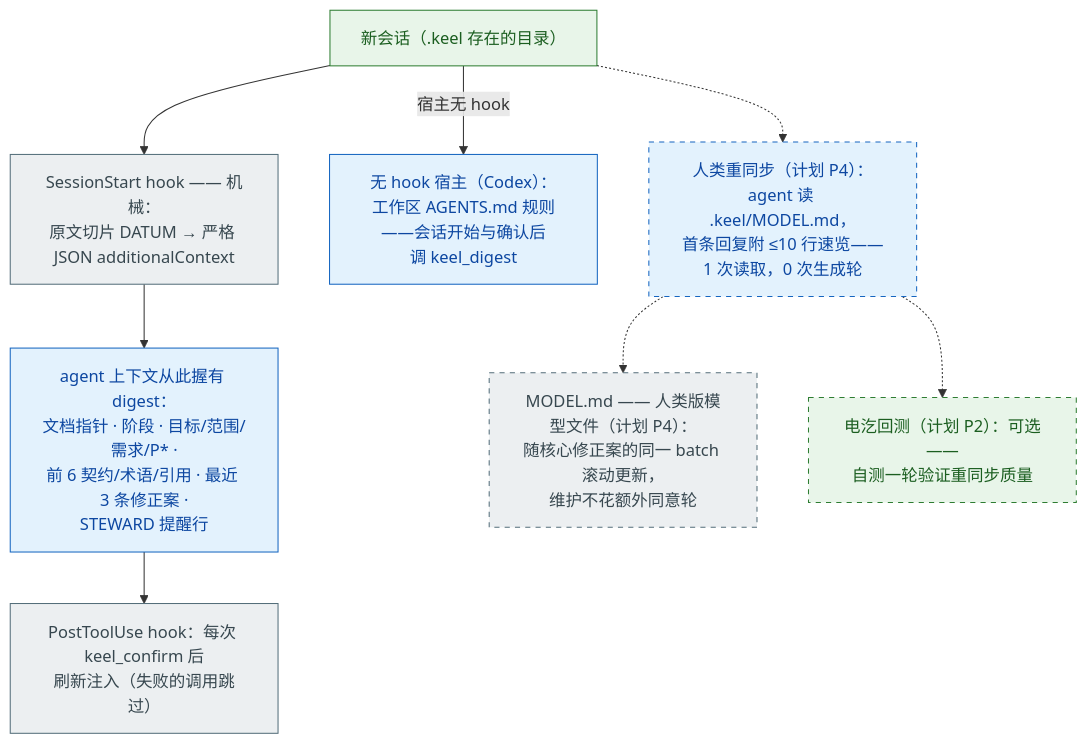
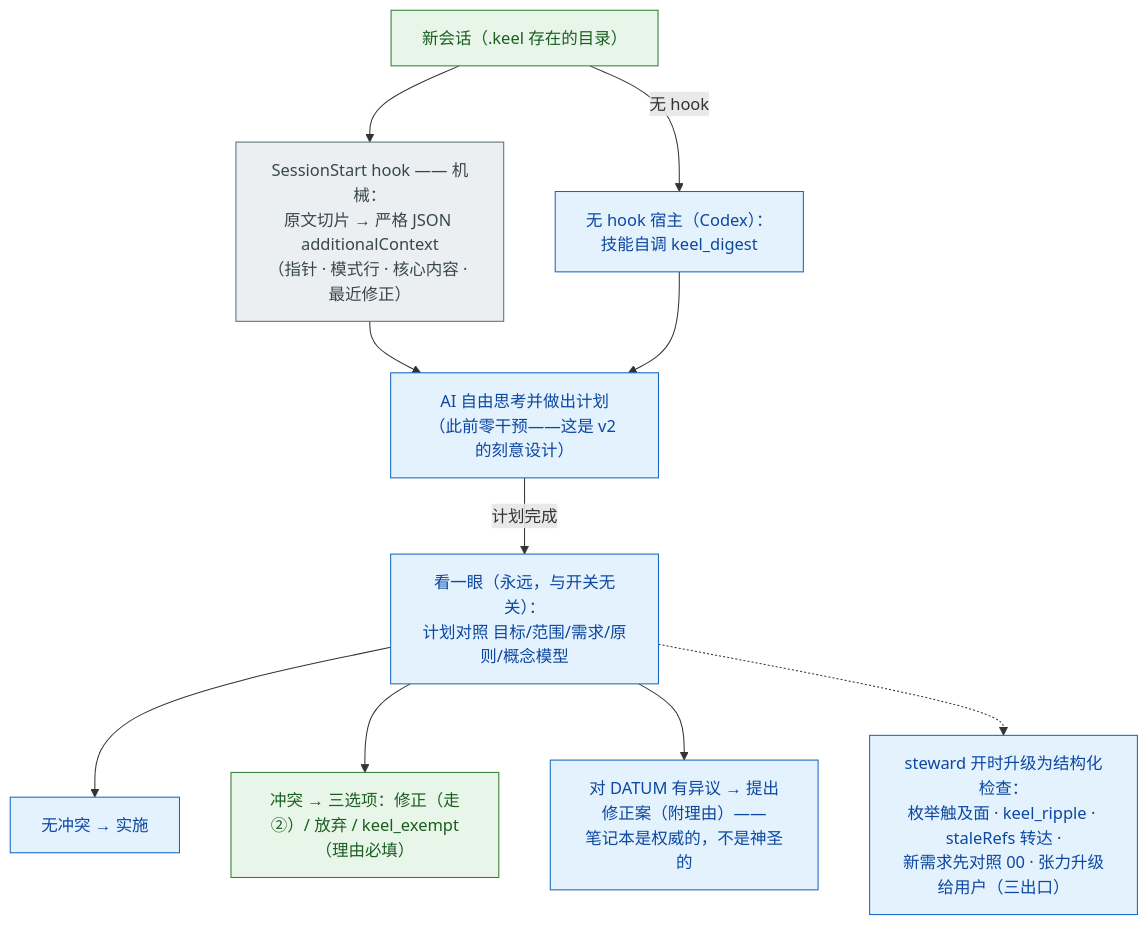
The fifth of 8 diagrams in docs/MENTAL-MODEL.md (maxi3777/Keel), drawn with Mermaid before and after one commit. The commit also changed other lines of this file and 20 other files, not shown here.

````diff
--- a/docs/MENTAL-MODEL.md
+++ b/docs/MENTAL-MODEL.md
@@ -303,24 +151,25 @@
 ```mermaid
 flowchart TD
     SESS["新会话（.keel 存在的目录）"]:::human
-    HOOK["SessionStart hook —— 机械：<br/>原文切片 DATUM → 严格 JSON additionalContext"]:::mech
-    INJ["agent 上下文从此握有 digest：<br/>文档指针 · 阶段 · 目标/范围/需求/P* ·<br/>前 6 契约/术语/引用 · 最近 3 条修正案 ·<br/>STEWARD 提醒行"]:::ai
-    REFRESH["PostToolUse hook：每次 keel_confirm 后<br/>刷新注入（失败的调用跳过）"]:::mech
-    FALLBACK["无 hook 宿主（Codex）：<br/>工作区 AGENTS.md 规则——会话开始与确认后<br/>调 keel_digest"]:::ai
-    RECAP["人类重同步（计划 P4）：agent 读 .keel/MODEL.md，<br/>首条回复附 ≤10 行速览——1 次读取，0 次生成轮"]:::plantai
-    MODEL["MODEL.md —— 人类版模型文件（计划 P4）：<br/>随核心修正案的同一 batch 滚动更新，<br/>维护不花额外同意轮"]:::planmech
-    SELFTEST["电汔回测（计划 P2）：可选——<br/>自测一轮验证重同步质量"]:::planhuman
+    HOOK["SessionStart hook —— 机械：<br/>原文切片 → 严格 JSON additionalContext<br/>（指针 · 模式行 · 核心内容 · 最近修正）"]:::mech
+    FALL["无 hook 宿主（Codex）：<br/>技能自调 keel_digest"]:::ai
+    PLAN["AI 自由思考并做出计划<br/>（此前零干预——这是 v2 的刻意设计）"]:::ai
+    GLANCE["看一眼（永远，与开关无关）：<br/>计划对照 目标/范围/需求/原则/概念模型"]:::ai
+    OK["无冲突 → 实施"]:::ai
+    OPT["冲突 → 三选项：修正（走②）/ 放弃 / keel_exempt（理由必填）"]:::human
+    DIS["对 DATUM 有异议 → 提出修正案（附理由）——<br/>笔记本是权威的，不是神圣的"]:::ai
+    STRUCT["steward 开时升级为结构化检查：<br/>枚举触及面 · keel_ripple · staleRefs 转达 ·<br/>新需求先对照 00 · 张力升级给用户（三出口）"]:::ai
 
-    SESS --> HOOK --> INJ
-    INJ --> REFRESH
-    SESS -->|"宿主无 hook"| FALLBACK
-    SESS -.-> RECAP
-    RECAP -.-> MODEL
-    RECAP -.-> SELFTEST
+    SESS --> HOOK
+    SESS -->|"无 hook"| FALL
+    HOOK --> PLAN
+    FALL --> PLAN
+    PLAN -->|"计划完成"| GLANCE
+    GLANCE --> OK
+    GLANCE --> OPT
+    GLANCE --> DIS
+    GLANCE -.-> STRUCT
     classDef human fill:#e8f5e9,stroke:#2e7d32,color:#1b5e20
     classDef ai fill:#e3f2fd,stroke:#1565c0,color:#0d47a1
     classDef mech fill:#eceff1,stroke:#546e7a,color:#37474f
-    classDef plantai fill:#e3f2fd,stroke:#1565c0,stroke-dasharray:5 5,color:#0d47a1
-    classDef planmech fill:#eceff1,stroke:#546e7a,stroke-dasharray:5 5,color:#37474f
-    classDef planhuman fill:#e8f5e9,stroke:#2e7d32,stroke-dasharray:5 5,color:#1b5e20
 ```
````
